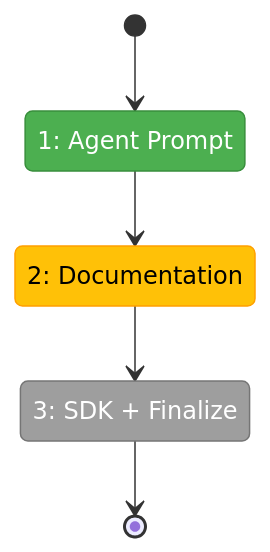
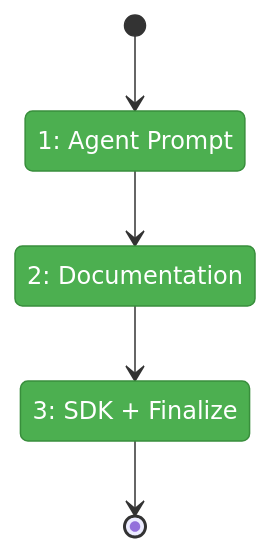
Before and after one commit to AI-Substrate/chainglass: the diagram in docs/plans/067-question-popper/tasks/phase-7-agent-integration-docs/tasks.fltplan.md, drawn with Mermaid. The commit also changed other lines of this file and 3 other files, not shown here.

````diff
--- a/docs/plans/067-question-popper/tasks/phase-7-agent-integration-docs/tasks.fltplan.md
+++ b/docs/plans/067-question-popper/tasks/phase-7-agent-integration-docs/tasks.fltplan.md
@@ -37,20 +37,18 @@
 ```mermaid
 stateDiagram-v2
     classDef pending fill:#9E9E9E,stroke:#757575,color:#fff
     classDef active fill:#FFC107,stroke:#FFA000,color:#000
     classDef done fill:#4CAF50,stroke:#388E3C,color:#fff
     classDef blocked fill:#F44336,stroke:#D32F2F,color:#fff
 
     state "1: Agent Prompt" as S1
     state "2: Documentation" as S2
     state "3: SDK + Finalize" as S3
 
     [*] --> S1
     S1 --> S2
     S2 --> S3
     S3 --> [*]
 
-    class S1 done
-    class S2 active
-    class S3 pending
+    class S1,S2,S3 done
 ```
````
